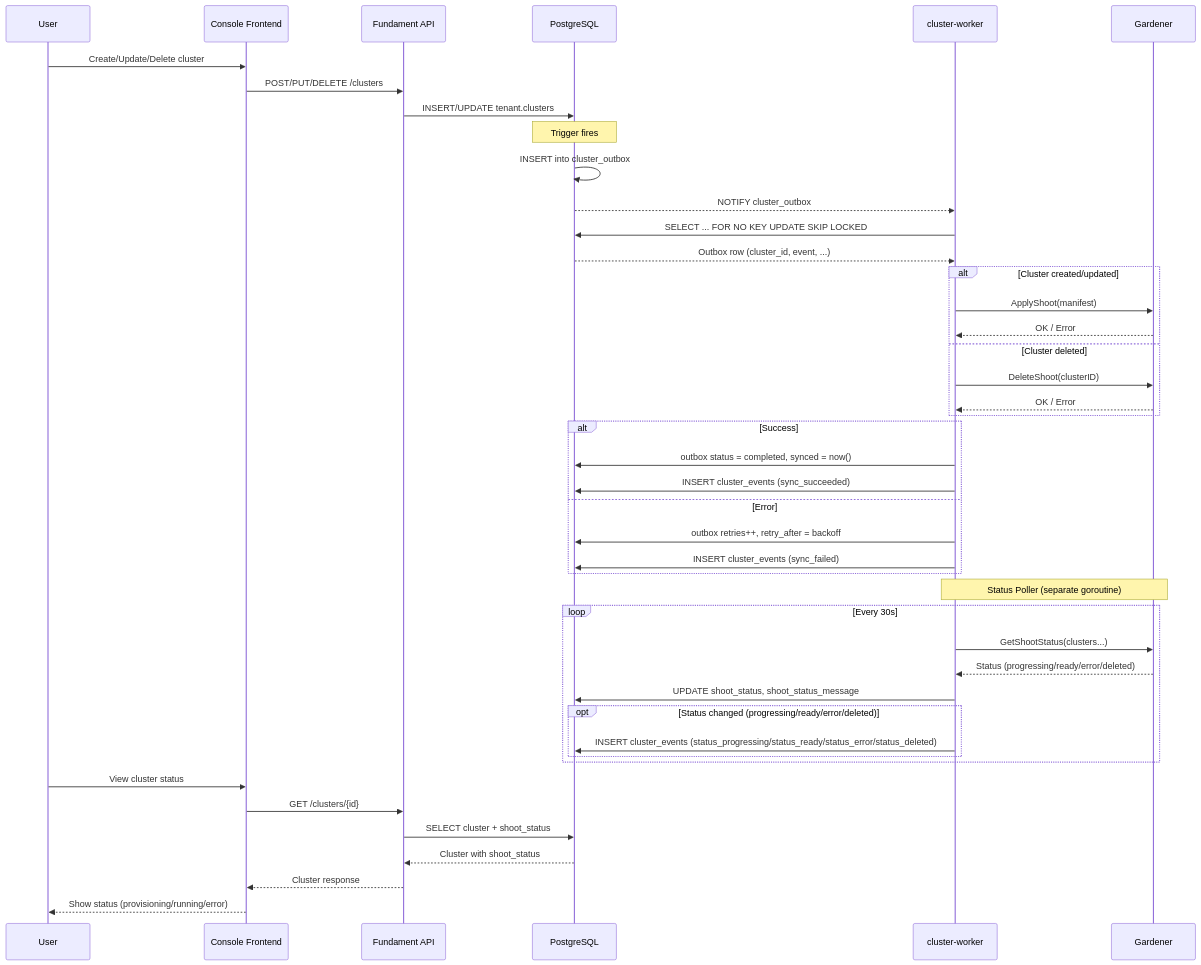
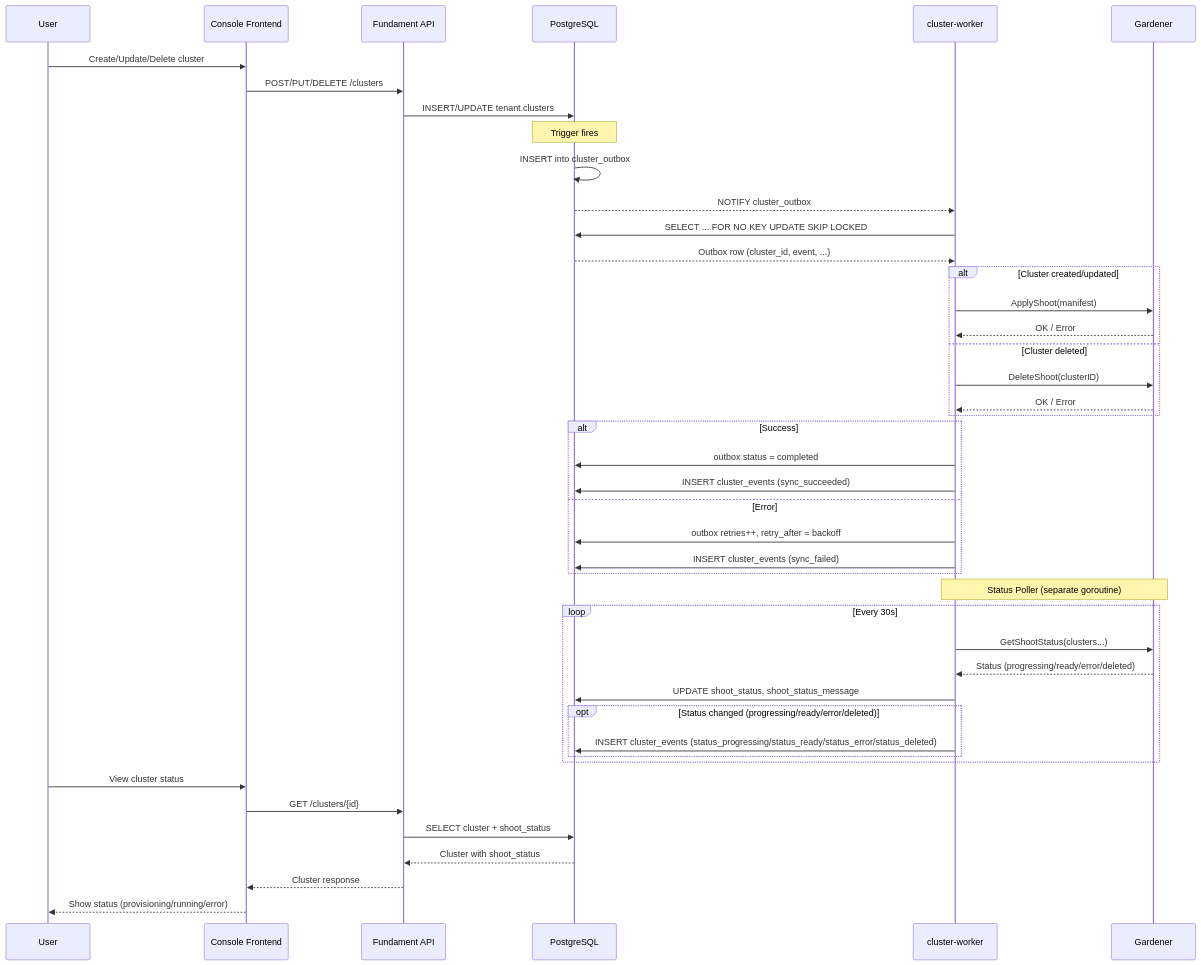
The first of 2 diagrams in cluster-worker/README.md (fundament-oss/fundament), drawn with Mermaid before and after one commit. The commit also changed other lines of this file and 29 other files, not shown here.

````diff
--- a/cluster-worker/README.md
+++ b/cluster-worker/README.md
@@ -68,54 +68,54 @@
 ```mermaid
 sequenceDiagram
     participant User
     participant Frontend as Console Frontend
     participant API as Fundament API
     participant DB as PostgreSQL
     participant Worker as cluster-worker
     participant Gardener
 
     User->>Frontend: Create/Update/Delete cluster
     Frontend->>API: POST/PUT/DELETE /clusters
     API->>DB: INSERT/UPDATE tenant.clusters
 
     Note over DB: Trigger fires
     DB->>DB: INSERT into cluster_outbox
     DB-->>Worker: NOTIFY cluster_outbox
 
     Worker->>DB: SELECT ... FOR NO KEY UPDATE SKIP LOCKED
     DB-->>Worker: Outbox row (cluster_id, event, ...)
 
     alt Cluster created/updated
         Worker->>Gardener: ApplyShoot(manifest)
         Gardener-->>Worker: OK / Error
     else Cluster deleted
         Worker->>Gardener: DeleteShoot(clusterID)
         Gardener-->>Worker: OK / Error
     end
 
     alt Success
-        Worker->>DB: outbox status = completed, synced = now()
+        Worker->>DB: outbox status = completed
         Worker->>DB: INSERT cluster_events (sync_succeeded)
     else Error
         Worker->>DB: outbox retries++, retry_after = backoff
         Worker->>DB: INSERT cluster_events (sync_failed)
     end
 
     Note over Worker,Gardener: Status Poller (separate goroutine)
 
     loop Every 30s
         Worker->>Gardener: GetShootStatus(clusters...)
         Gardener-->>Worker: Status (progressing/ready/error/deleted)
         Worker->>DB: UPDATE shoot_status, shoot_status_message
         opt Status changed (progressing/ready/error/deleted)
             Worker->>DB: INSERT cluster_events (status_progressing/status_ready/status_error/status_deleted)
         end
     end
 
     User->>Frontend: View cluster status
     Frontend->>API: GET /clusters/{id}
     API->>DB: SELECT cluster + shoot_status
     DB-->>API: Cluster with shoot_status
     API-->>Frontend: Cluster response
     Frontend-->>User: Show status (provisioning/running/error)
 ```
````
